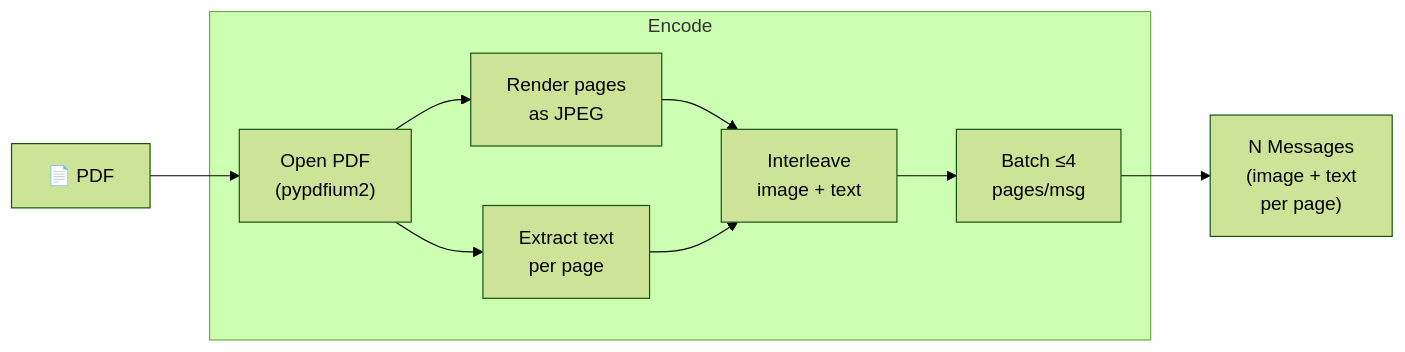
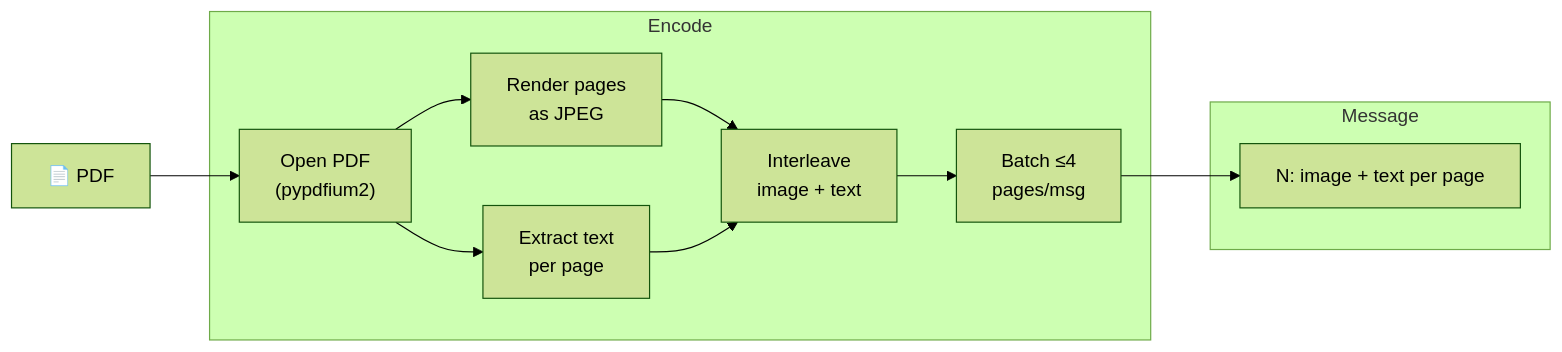
Before and after one commit to vlm-run/mm: diagram 15 of 17 in docs/ENCODERS.md, drawn with Mermaid (forest theme). The commit also changed other lines of this file and 1 other file, not shown here.

Commit message:
use a message block with subgroups

````diff
--- a/docs/ENCODERS.md
+++ b/docs/ENCODERS.md
@@ -339,19 +367,21 @@
 ```mermaid
 graph LR
   doc["📄 PDF"]
 
   subgraph encode ["Encode"]
     open["Open PDF\n(pypdfium2)"]
     render["Render pages\nas JPEG"]
     text["Extract text\nper page"]
     interleave["Interleave\nimage + text"]
     batch["Batch ≤4\npages/msg"]
   end
 
-  msgs["N Messages\n(image + text\nper page)"]
+  subgraph message ["Message"]
+    msgs["N: image + text per page"]
+  end
 
   doc --> open
   open --> render --> interleave
   open --> text --> interleave
   interleave --> batch --> msgs
 ```
````
